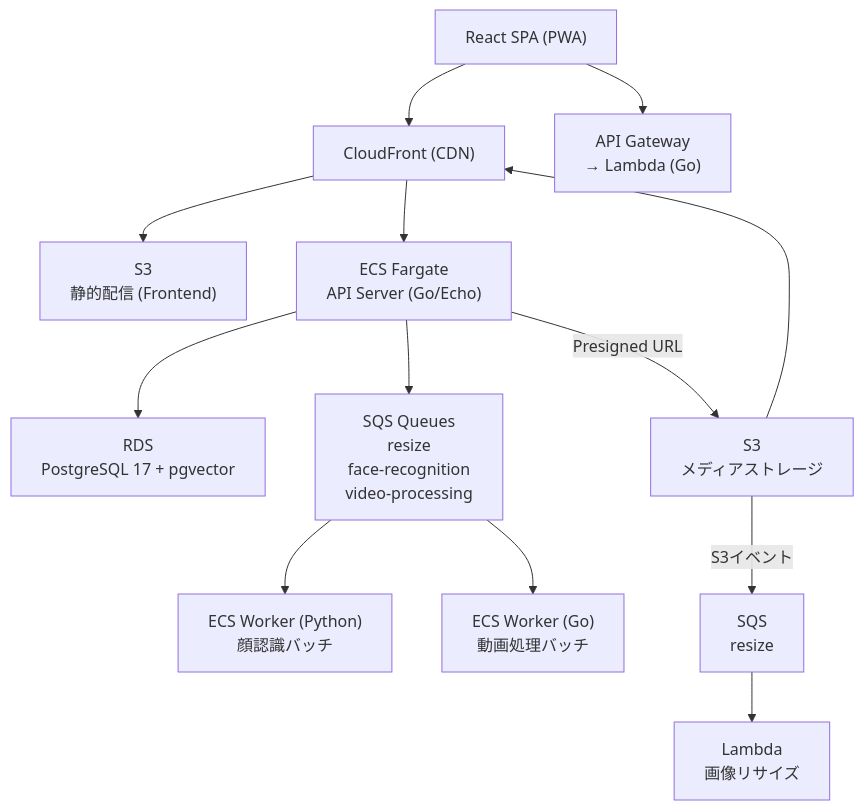
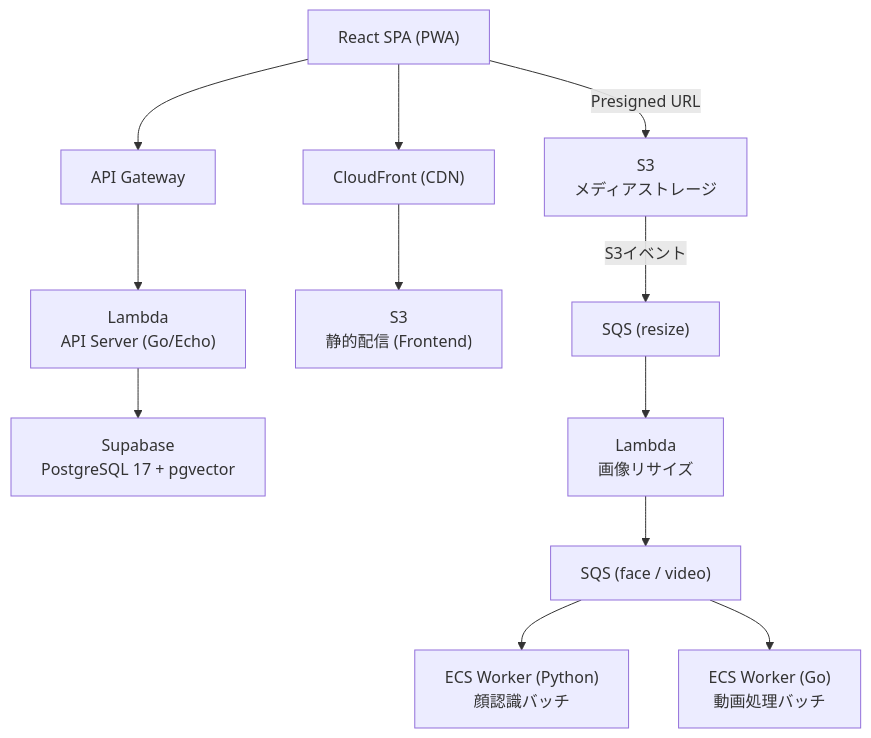
The first of 2 diagrams in README.md (ywl0806/yuno_kiroku), drawn with Mermaid before and after one commit. The commit also changed other lines of this file and 3 other files, not shown here.

````diff
--- a/README.md
+++ b/README.md
@@ -21,21 +29,19 @@
 ```mermaid
 flowchart TD
     Client["React SPA (PWA)"]
 
     Client --> CF["CloudFront (CDN)"]
-    Client --> APIGW["API Gateway\n→ Lambda (Go)"]
+    Client --> APIGW["API Gateway"]
 
+    APIGW --> LambdaAPI["Lambda\nAPI Server (Go/Echo)"]
     CF --> S3Front["S3\n静的配信 (Frontend)"]
-    CF --> ECS["ECS Fargate\nAPI Server (Go/Echo)"]
 
-    ECS --> RDS["RDS\nPostgreSQL 17 + pgvector"]
-    ECS --> SQS["SQS Queues\nresize\nface-recognition\nvideo-processing"]
+    LambdaAPI --> PG["Supabase\nPostgreSQL 17 + pgvector"]
 
-    SQS --> PyWorker["ECS Worker (Python)\n顔認識バッチ"]
-    SQS --> GoWorker["ECS Worker (Go)\n動画処理バッチ"]
-
-    ECS -- "Presigned URL" --> S3Media["S3\nメディアストレージ"]
-    S3Media -- "S3イベント" --> SQSResize["SQS\nresize"]
-    SQSResize --> Lambda["Lambda\n画像リサイズ"]
-    S3Media --> CF
+    Client -- "Presigned URL" --> S3Media["S3\nメディアストレージ"]
+    S3Media -- "S3イベント" --> SQSR["SQS (resize)"]
+    SQSR --> LambdaR["Lambda\n画像リサイズ"]
+    LambdaR --> SQSW["SQS (face / video)"]
+    SQSW --> PyWorker["ECS Worker (Python)\n顔認識バッチ"]
+    SQSW --> GoWorker["ECS Worker (Go)\n動画処理バッチ"]
 ```
````
